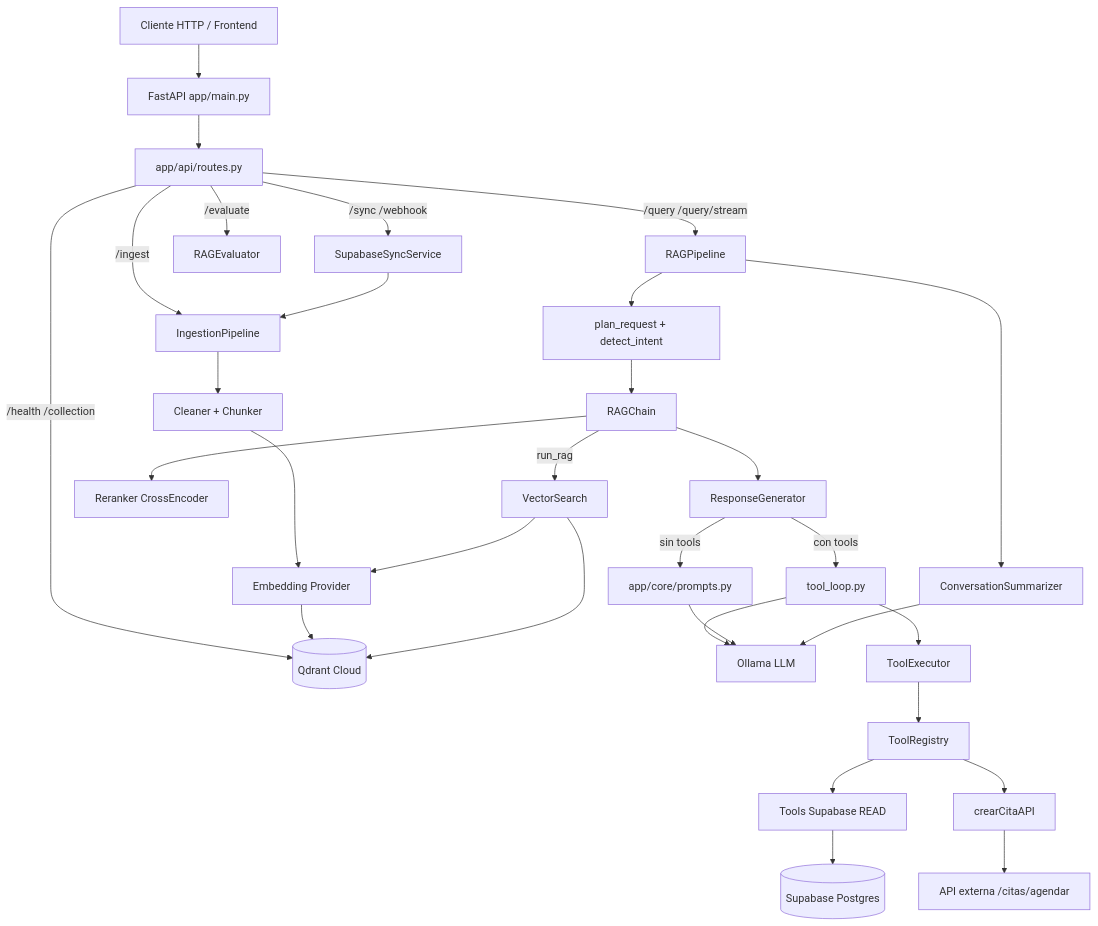
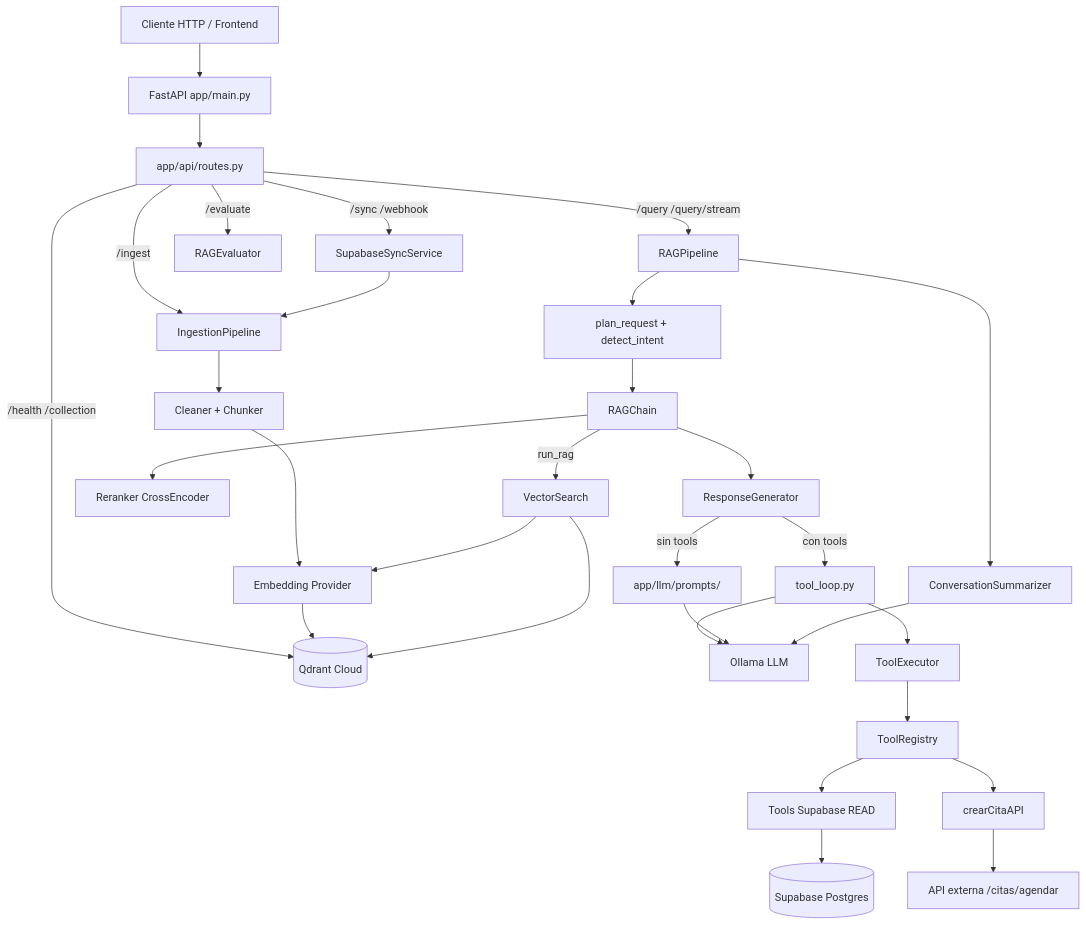
Before and after one commit to JuniRanger/rag-system: the diagram in context/architecture.md, drawn with Mermaid. The commit also changed other lines of this file and 32 other files, not shown here.

Commit message:
refactor-llm/prompts

````diff
--- a/context/architecture.md
+++ b/context/architecture.md
@@ -63,38 +63,38 @@
 ```mermaid
 flowchart TD
     Client[Cliente HTTP / Frontend] --> API[FastAPI app/main.py]
     API --> Routes[app/api/routes.py]
 
     Routes -->|/ingest| Ingest[IngestionPipeline]
     Routes -->|/sync /webhook| Sync[SupabaseSyncService]
     Routes -->|/query /query/stream| Pipe[RAGPipeline]
     Routes -->|/evaluate| Eval[RAGEvaluator]
     Routes -->|/health /collection| VS[(Qdrant Cloud)]
 
     Ingest --> Chunks[Cleaner + Chunker]
     Chunks --> Emb[Embedding Provider]
     Emb --> VS
     Sync --> Ingest
 
     Pipe --> Plan[plan_request + detect_intent]
     Plan --> Chain[RAGChain]
     Chain -->|run_rag| Search[VectorSearch]
     Search --> Emb
     Search --> VS
     Chain --> Rerank[Reranker CrossEncoder]
     Chain --> Gen[ResponseGenerator]
 
-    Gen -->|sin tools| Prompts[app/core/prompts.py]
+    Gen -->|sin tools| Prompts[app/llm/prompts/]
     Gen -->|con tools| ToolLoop[tool_loop.py]
     ToolLoop --> LLM[Ollama LLM]
     Prompts --> LLM
     ToolLoop --> Exec[ToolExecutor]
     Exec --> Reg[ToolRegistry]
     Reg --> SBTools[Tools Supabase READ]
     Reg --> Cita[crearCitaAPI]
     SBTools --> Supabase[(Supabase Postgres)]
     Cita --> CitasAPI[API externa /citas/agendar]
 
     Pipe --> Mem[ConversationSummarizer]
     Mem --> LLM
 ```
````
